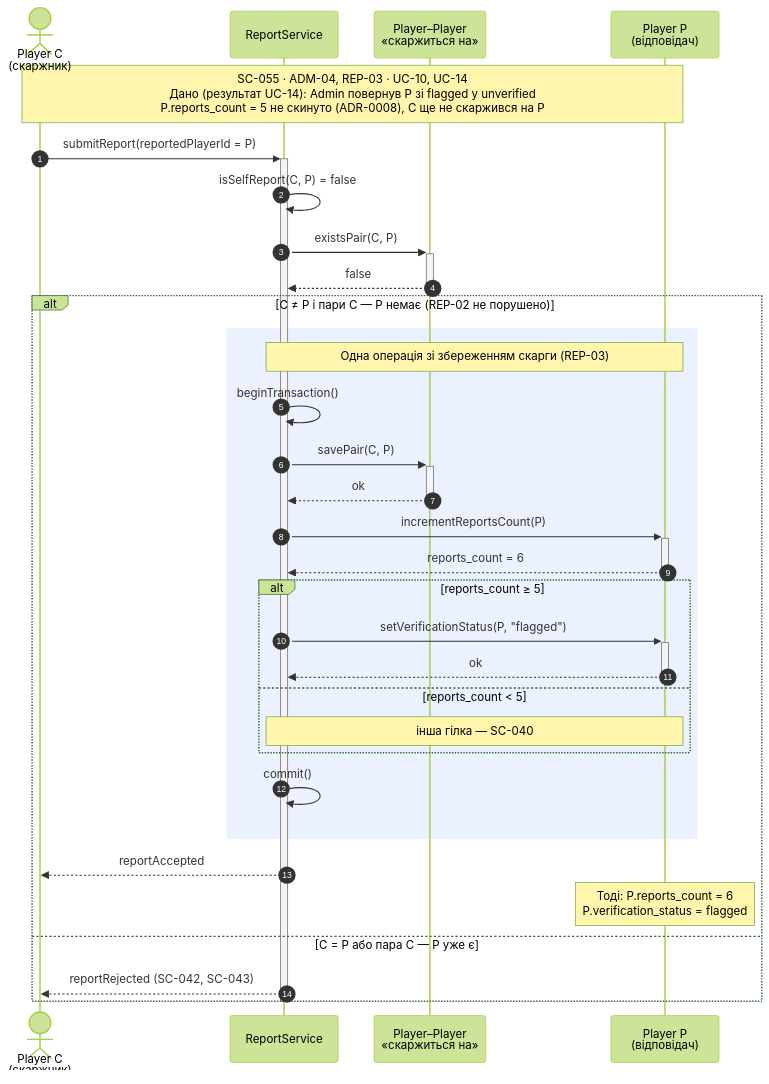
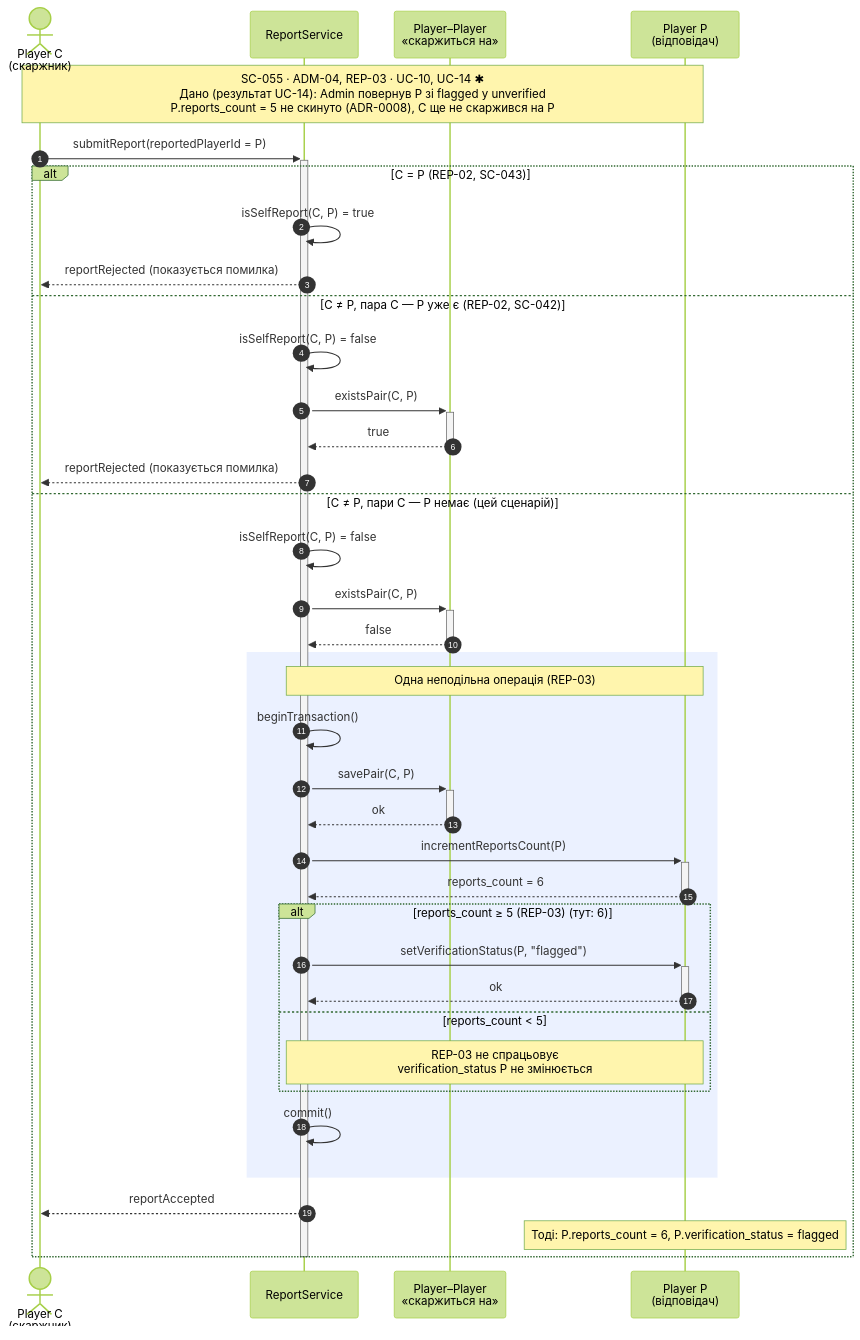
The diagram in lab3/diagrams/sequence-055.mmd (Honike-1/KPI2), drawn with Mermaid (forest theme) before and after one commit. The commit also changed 13 other files, not shown here.

Commit message:
docs: rework diagrams

```diff
--- a/lab3/diagrams/sequence-055.mmd
+++ b/lab3/diagrams/sequence-055.mmd
@@ -1,34 +1,41 @@
 sequenceDiagram
     autonumber
     actor C as Player C<br/>(скаржник)
     participant RS as ReportService
     participant REL as Player–Player<br/>«скаржиться на»
     participant PP as Player P<br/>(відповідач)
 
-    Note over C,PP: SC-055 · ADM-04, REP-03 · UC-10, UC-14<br/>Дано (результат UC-14): Admin повернув P зі flagged у unverified<br/>P.reports_count = 5 не скинуто (ADR-0008), C ще не скаржився на P
+
+    Note over C,PP: SC-055 · ADM-04, REP-03 · UC-10, UC-14 ✱<br/>Дано (результат UC-14): Admin повернув P зі flagged у unverified<br/>P.reports_count = 5 не скинуто (ADR-0008), C ще не скаржився на P
     C->>+RS: submitReport(reportedPlayerId = P)
-    RS->>RS: isSelfReport(C, P) = false
-    RS->>+REL: existsPair(C, P)
-    REL-->>-RS: false
-    alt C ≠ P і пари C — P немає (REP-02 не порушено)
+    alt C = P (REP-02, SC-043)
+        RS->>RS: isSelfReport(C, P) = true
+        RS-->>C: reportRejected (показується помилка)
+    else C ≠ P, пара C — P уже є (REP-02, SC-042)
+        RS->>RS: isSelfReport(C, P) = false
+        RS->>+REL: existsPair(C, P)
+        REL-->>-RS: true
+        RS-->>C: reportRejected (показується помилка)
+    else C ≠ P, пари C — P немає (цей сценарій)
+        RS->>RS: isSelfReport(C, P) = false
+        RS->>+REL: existsPair(C, P)
+        REL-->>-RS: false
         rect rgba(120, 160, 255, 0.15)
-            Note over RS,PP: Одна операція зі збереженням скарги (REP-03)
+            Note over RS,PP: Одна неподільна операція (REP-03)
             RS->>RS: beginTransaction()
             RS->>+REL: savePair(C, P)
             REL-->>-RS: ok
             RS->>+PP: incrementReportsCount(P)
             PP-->>-RS: reports_count = 6
-            alt reports_count ≥ 5
+            alt reports_count ≥ 5 (REP-03) (тут: 6)
                 RS->>+PP: setVerificationStatus(P, "flagged")
                 PP-->>-RS: ok
             else reports_count < 5
-                Note over RS,PP: інша гілка — SC-040
+                Note over RS,PP: REP-03 не спрацьовує<br/>verification_status P не змінюється
             end
             RS->>RS: commit()
         end
         RS-->>C: reportAccepted
-        Note over PP: Тоді: P.reports_count = 6<br/>P.verification_status = flagged
-    else C = P або пара C — P уже є
-        RS-->>C: reportRejected (SC-042, SC-043)
+        Note over PP: Тоді: P.reports_count = 6, P.verification_status = flagged
     end
     deactivate RS
```
